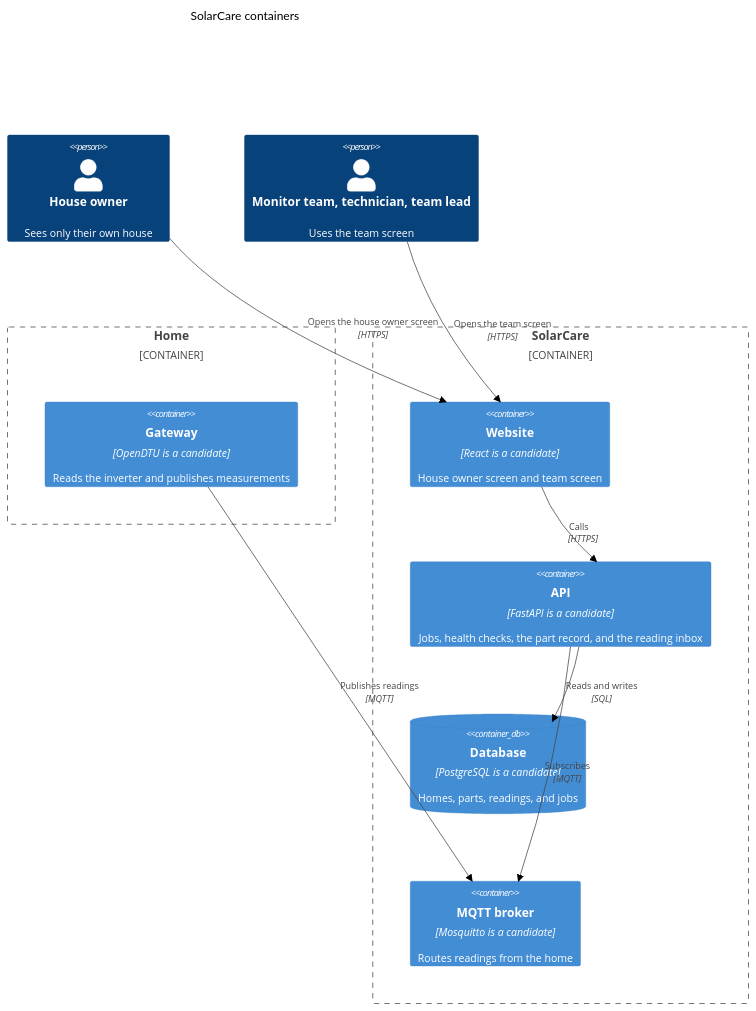
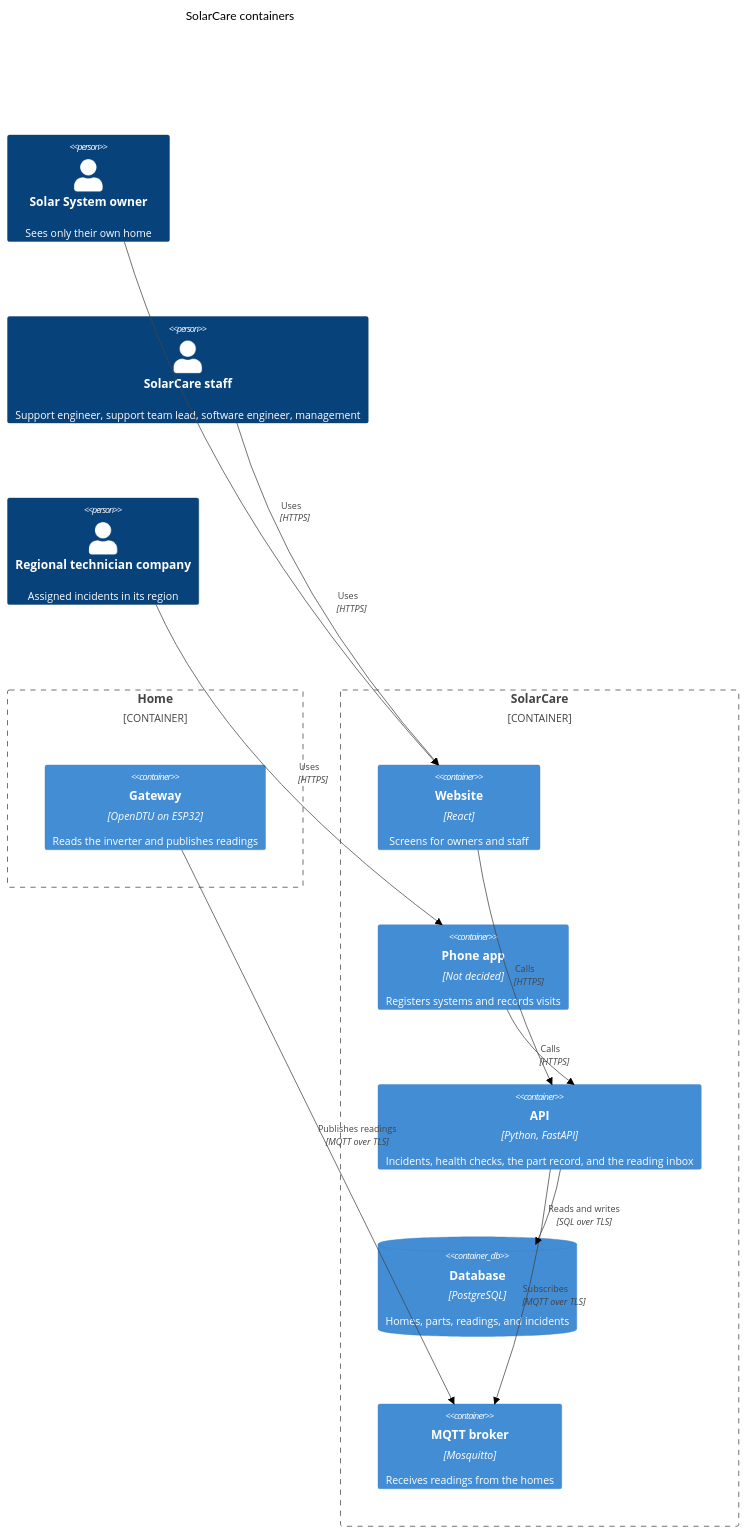
Before and after one commit to SolarCare-school-project/SolarCare: the diagram in diagrams/c4/container.md, drawn with Mermaid (forest theme). The commit also changed other lines of this file, not shown here.

Commit message:
Revise SolarCare container diagram details with consistent wording
Updated container diagram to reflect changes in technology names and roles.

````diff
--- a/diagrams/c4/container.md
+++ b/diagrams/c4/container.md
@@ -7,25 +7,29 @@
 ```mermaid
 C4Container
 title SolarCare containers
 
-Person(owner, "House owner", "Sees only their own house")
-Person(team, "Monitor team, technician, team lead", "Uses the team screen")
+Person(owner, "Solar System owner", "Sees only their own home")
+Person(staff, "SolarCare staff", "Support engineer, support team lead, software engineer, management")
+Person(tech, "Regional technician company", "Assigned incidents in its region")
 
 Container_Boundary(home, "Home") {
-    Container(gateway, "Gateway", "OpenDTU is a candidate", "Reads the inverter and publishes measurements")
+    Container(gateway, "Gateway", "OpenDTU on ESP32", "Reads the inverter and publishes readings")
 }
 
 Container_Boundary(solarcare, "SolarCare") {
-    Container(web, "Website", "React is a candidate", "House owner screen and team screen")
-    Container(api, "API", "FastAPI is a candidate", "Jobs, health checks, the part record, and the reading inbox")
-    ContainerDb(db, "Database", "PostgreSQL is a candidate", "Homes, parts, readings, and jobs")
-    Container(broker, "MQTT broker", "Mosquitto is a candidate", "Routes readings from the home")
+    Container(web, "Website", "React", "Screens for owners and staff")
+    Container(app, "Phone app", "Not decided", "Registers systems and records visits")
+    Container(api, "API", "Python, FastAPI", "Incidents, health checks, the part record, and the reading inbox")
+    ContainerDb(db, "Database", "PostgreSQL", "Homes, parts, readings, and incidents")
+    Container(broker, "MQTT broker", "Mosquitto", "Receives readings from the homes")
 }
 
-Rel(gateway, broker, "Publishes readings", "MQTT")
-Rel(api, broker, "Subscribes", "MQTT")
-Rel(owner, web, "Opens the house owner screen", "HTTPS")
-Rel(team, web, "Opens the team screen", "HTTPS")
+Rel(gateway, broker, "Publishes readings", "MQTT over TLS")
+Rel(api, broker, "Subscribes", "MQTT over TLS")
+Rel(owner, web, "Uses", "HTTPS")
+Rel(staff, web, "Uses", "HTTPS")
+Rel(tech, app, "Uses", "HTTPS")
 Rel(web, api, "Calls", "HTTPS")
-Rel(api, db, "Reads and writes", "SQL")
+Rel(app, api, "Calls", "HTTPS")
+Rel(api, db, "Reads and writes", "SQL over TLS")
 ```
````
